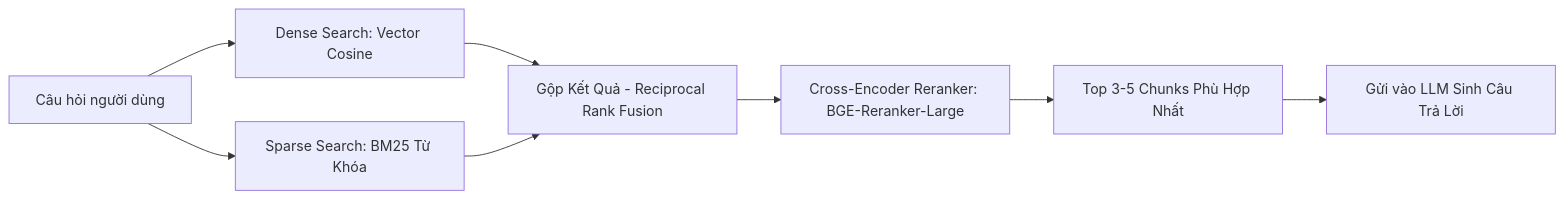
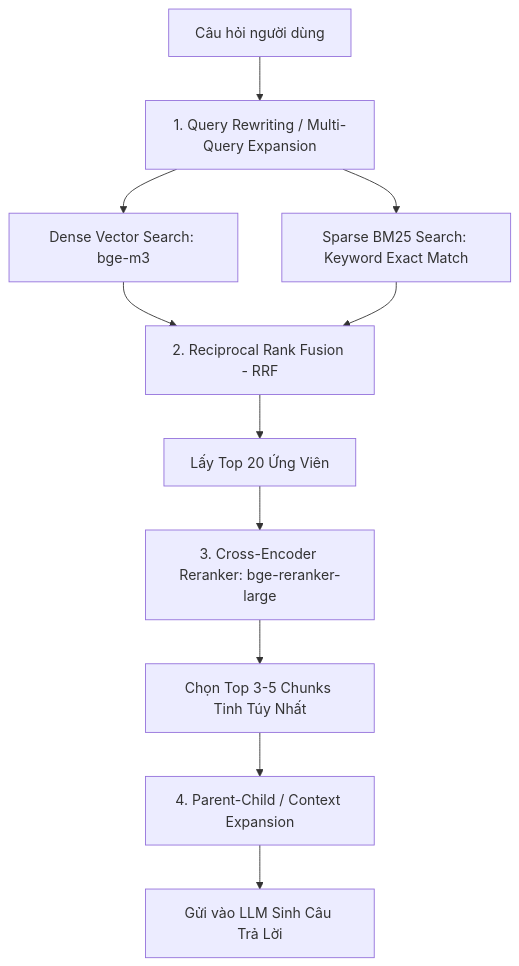
The third of 4 diagrams in learning/03-chuyen-sau-rag-cho-tai-lieu-ocr.md (MinhLight2406/OCR_RAG__FastAPI), drawn with Mermaid before and after one commit. The commit also changed other lines of this file and 10 other files, not shown here.

````diff
--- a/learning/03-chuyen-sau-rag-cho-tai-lieu-ocr.md
+++ b/learning/03-chuyen-sau-rag-cho-tai-lieu-ocr.md
@@ -52,10 +177,13 @@
 ```mermaid
-flowchart LR
-    Q[Câu hỏi người dùng] --> V[Dense Search: Vector Cosine]
-    Q --> K[Sparse Search: BM25 Từ Khóa]
-    V --> M[Gộp Kết Quả - Reciprocal Rank Fusion]
-    K --> M
-    M --> R[Cross-Encoder Reranker: BGE-Reranker-Large]
-    R --> TopK[Top 3-5 Chunks Phù Hợp Nhất]
-    TopK --> LLM[Gửi vào LLM Sinh Câu Trả Lời]
+graph TD
+    A[Câu hỏi người dùng] --> B[1. Query Rewriting / Multi-Query Expansion]
+    B --> C1[Dense Vector Search: bge-m3]
+    B --> C2[Sparse BM25 Search: Keyword Exact Match]
+    C1 --> D[2. Reciprocal Rank Fusion - RRF]
+    C2 --> D
+    D --> E[Lấy Top 20 Ứng Viên]
+    E --> F[3. Cross-Encoder Reranker: bge-reranker-large]
+    F --> G[Chọn Top 3-5 Chunks Tinh Túy Nhất]
+    G --> H[4. Parent-Child / Context Expansion]
+    H --> I[Gửi vào LLM Sinh Câu Trả Lời]
 ```
````
